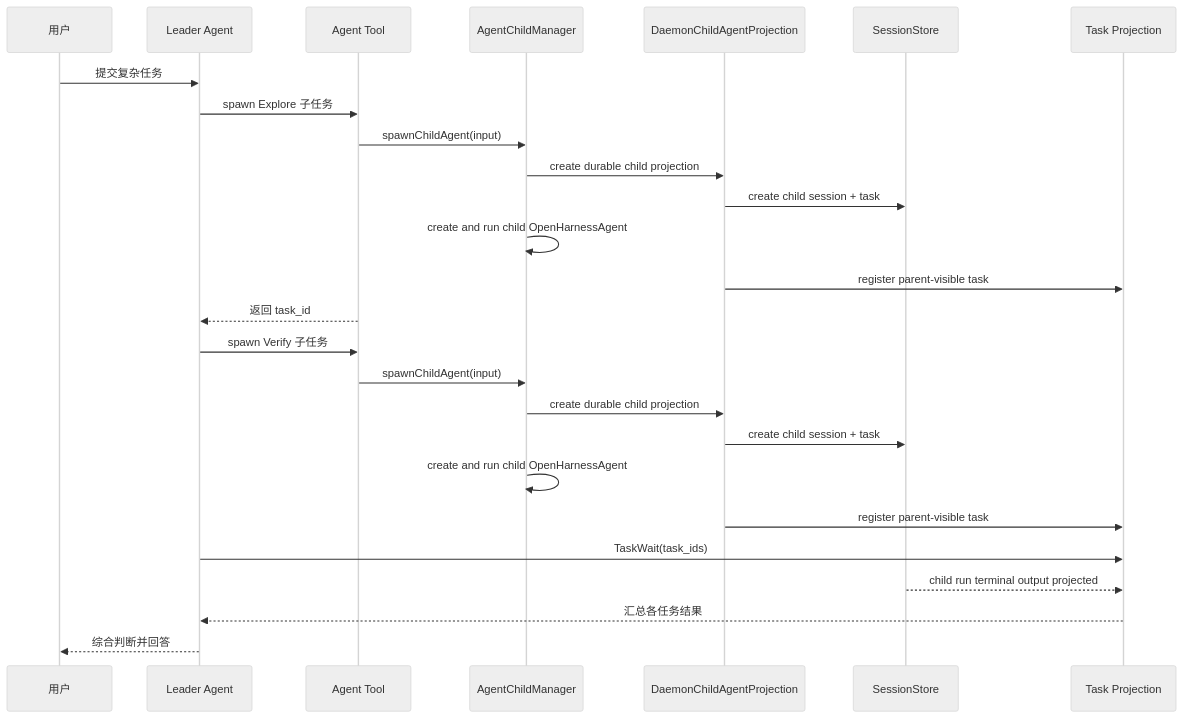
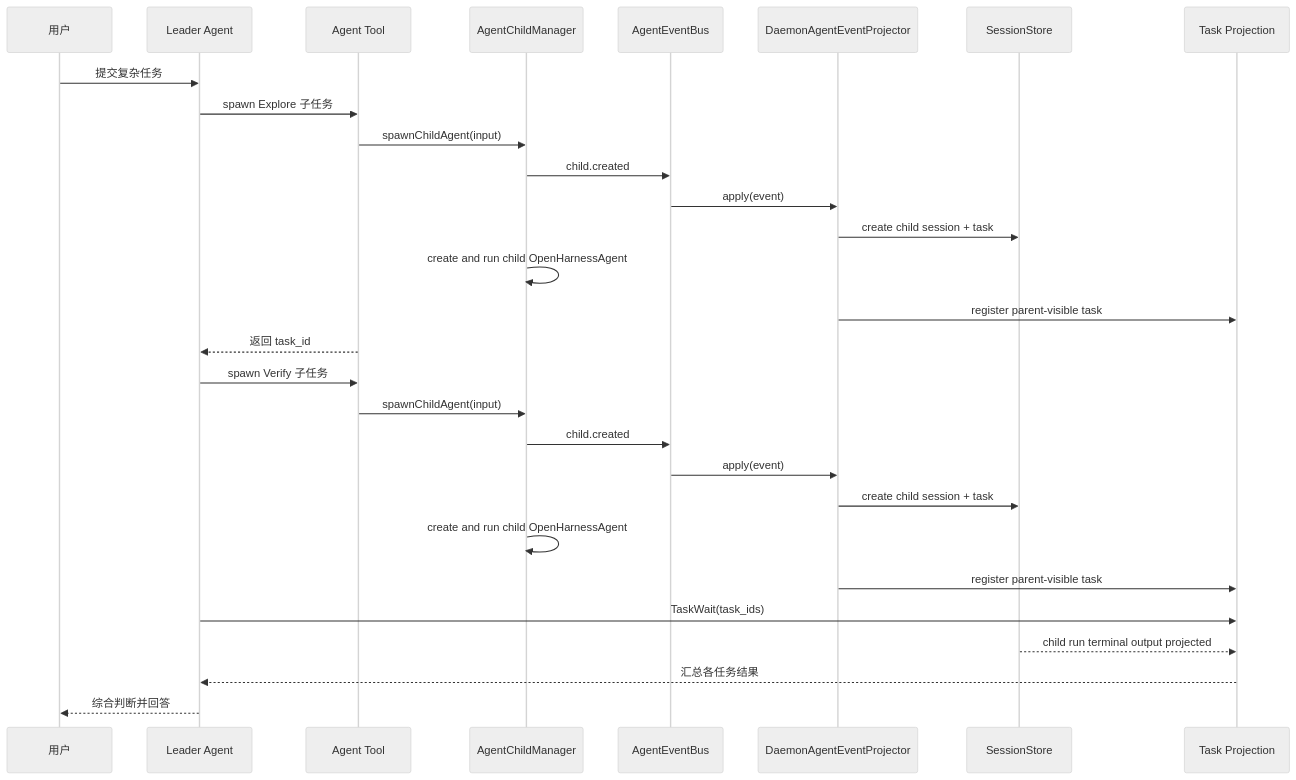
The sixth of 7 diagrams in docs/agent-application-architecture.md (rzx007/openharness-ts), drawn with Mermaid (neutral theme) before and after one commit. The commit also changed other lines of this file and 9 other files, not shown here.

Commit message:
docs: publish agent events effects runtime architecture

````diff
--- a/docs/agent-application-architecture.md
+++ b/docs/agent-application-architecture.md
@@ -640,29 +640,32 @@
 ```mermaid
 sequenceDiagram
   participant U as 用户
   participant L as Leader Agent
   participant A as Agent Tool
   participant M as AgentChildManager
-  participant D as DaemonChildAgentProjection
+  participant E as AgentEventBus
+  participant D as DaemonAgentEventProjector
   participant S as SessionStore
   participant T as Task Projection
 
   U->>L: 提交复杂任务
   L->>A: spawn Explore 子任务
   A->>M: spawnChildAgent(input)
-  M->>D: create durable child projection
+  M->>E: child.created
+  E->>D: apply(event)
   D->>S: create child session + task
   M->>M: create and run child OpenHarnessAgent
   D->>T: register parent-visible task
   A-->>L: 返回 task_id
   L->>A: spawn Verify 子任务
   A->>M: spawnChildAgent(input)
-  M->>D: create durable child projection
+  M->>E: child.created
+  E->>D: apply(event)
   D->>S: create child session + task
   M->>M: create and run child OpenHarnessAgent
   D->>T: register parent-visible task
   L->>T: TaskWait(task_ids)
   S-->>T: child run terminal output projected
   T-->>L: 汇总各任务结果
   L-->>U: 综合判断并回答
 ```
````
